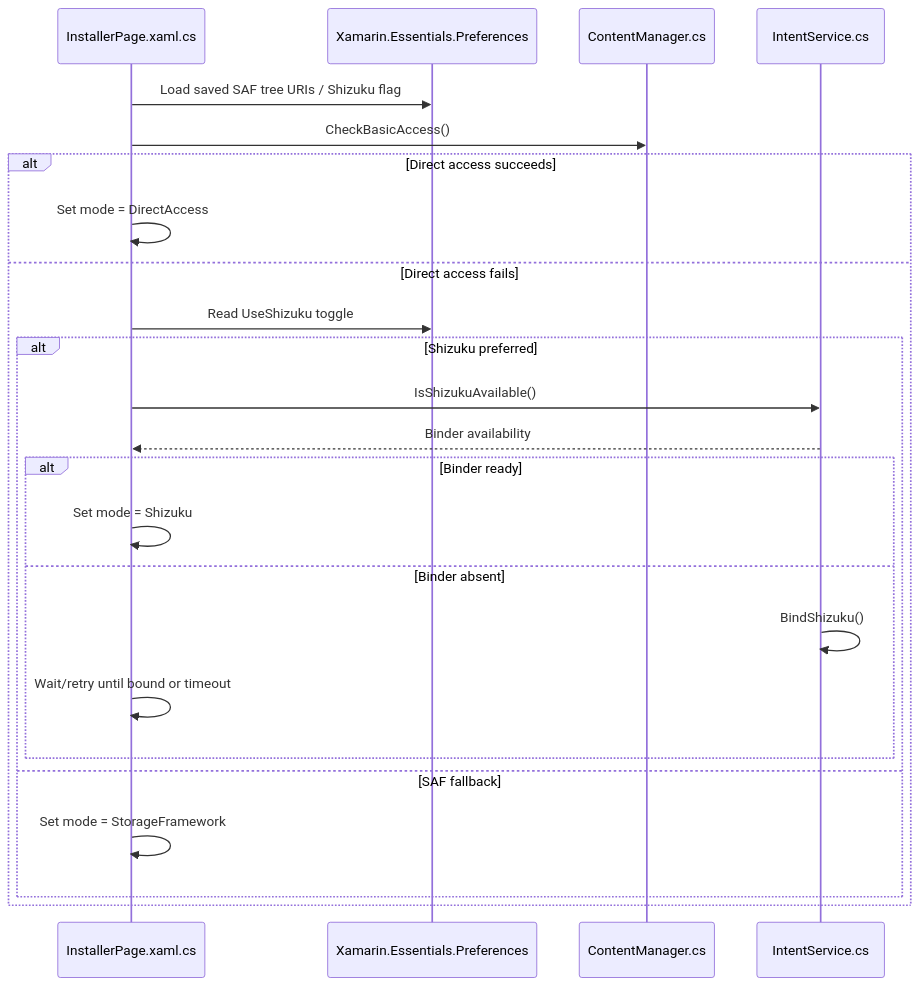
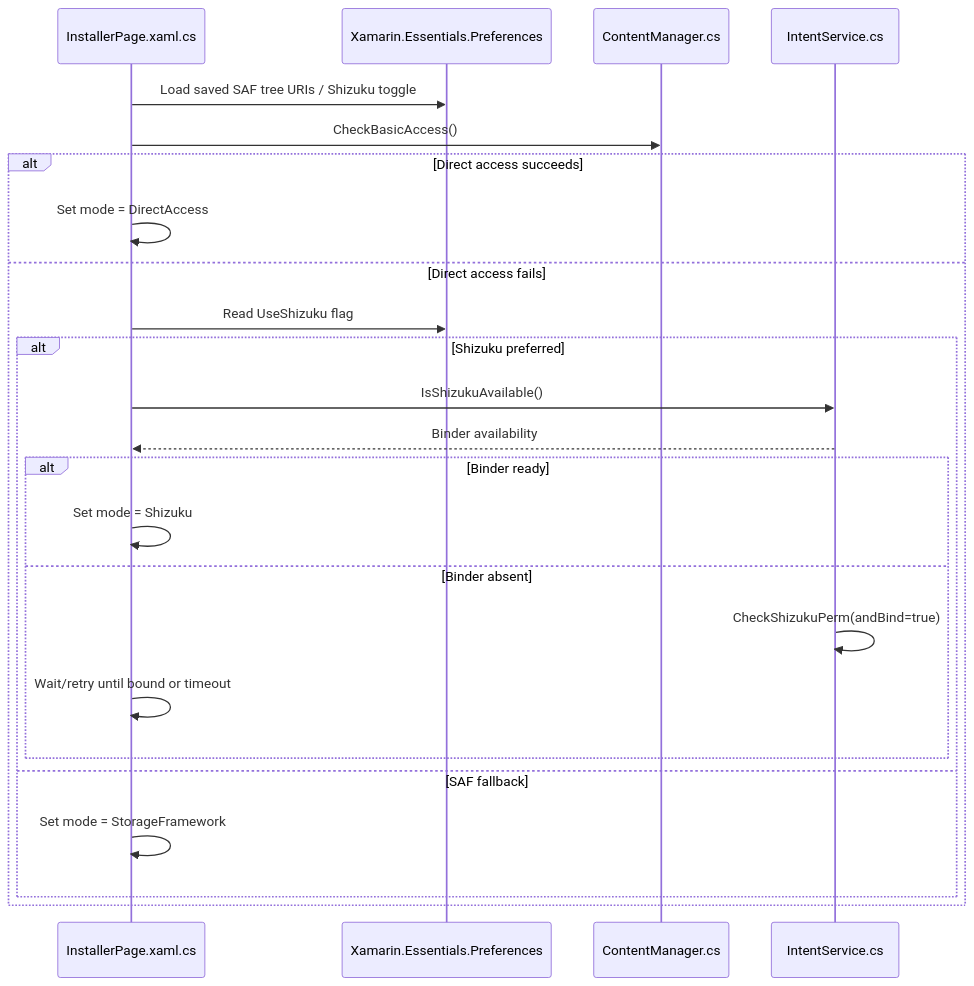
One commit to DqkrLord0Xerod/translatefgo changed the first of 4 diagrams in analysis/mechanics.md. Above: the diagram before and after it, drawn with Mermaid. The commit also changed other lines of this file, not shown here.

````diff
--- a/analysis/mechanics.md
+++ b/analysis/mechanics.md
@@ -18,26 +19,26 @@
 ```mermaid
 sequenceDiagram
     participant UI as InstallerPage.xaml.cs
     participant Pref as Xamarin.Essentials.Preferences
     participant CM as ContentManager.cs
     participant INT as IntentService.cs
-    UI->>Pref: Load saved SAF tree URIs / Shizuku flag
+    UI->>Pref: Load saved SAF tree URIs / Shizuku toggle
     UI->>CM: CheckBasicAccess()
     alt Direct access succeeds
         UI->>UI: Set mode = DirectAccess
     else Direct access fails
-        UI->>Pref: Read UseShizuku toggle
+        UI->>Pref: Read UseShizuku flag
         alt Shizuku preferred
             UI->>INT: IsShizukuAvailable()
             INT-->>UI: Binder availability
             alt Binder ready
                 UI->>UI: Set mode = Shizuku
             else Binder absent
-                INT->>INT: BindShizuku()
+                INT->>INT: CheckShizukuPerm(andBind=true)
                 UI->>UI: Wait/retry until bound or timeout
             end
         else SAF fallback
             UI->>UI: Set mode = StorageFramework
         end
     end
 ```
````
